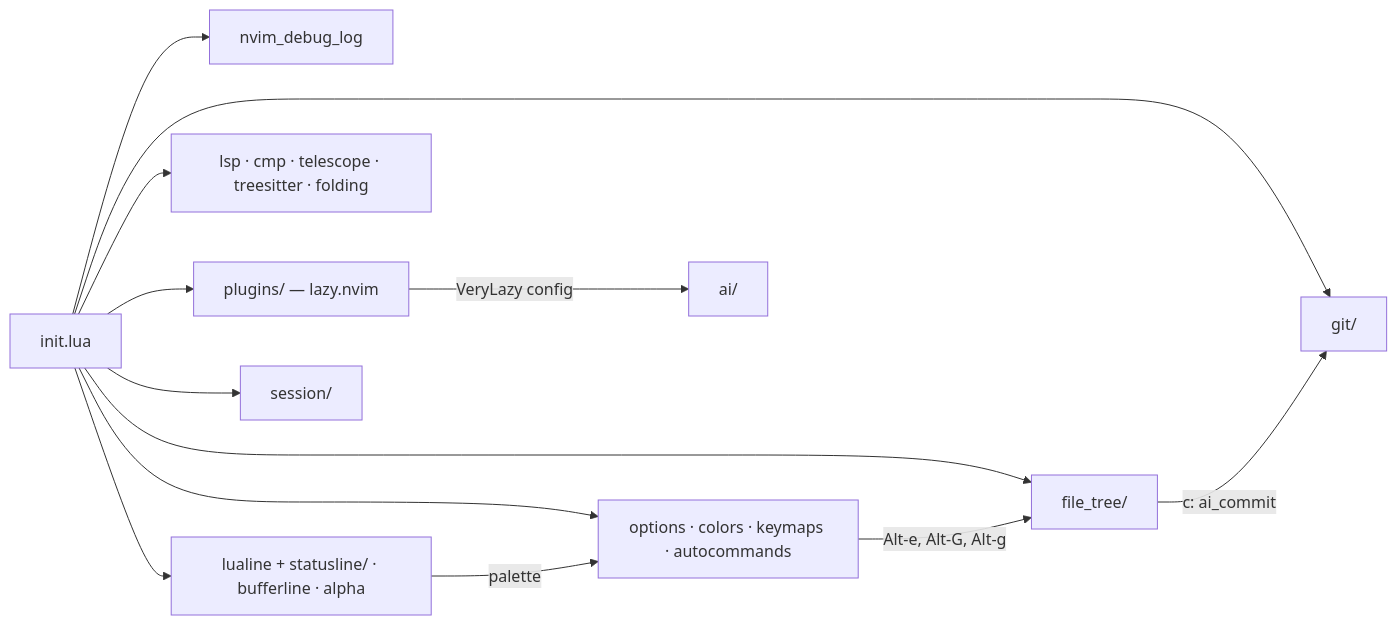
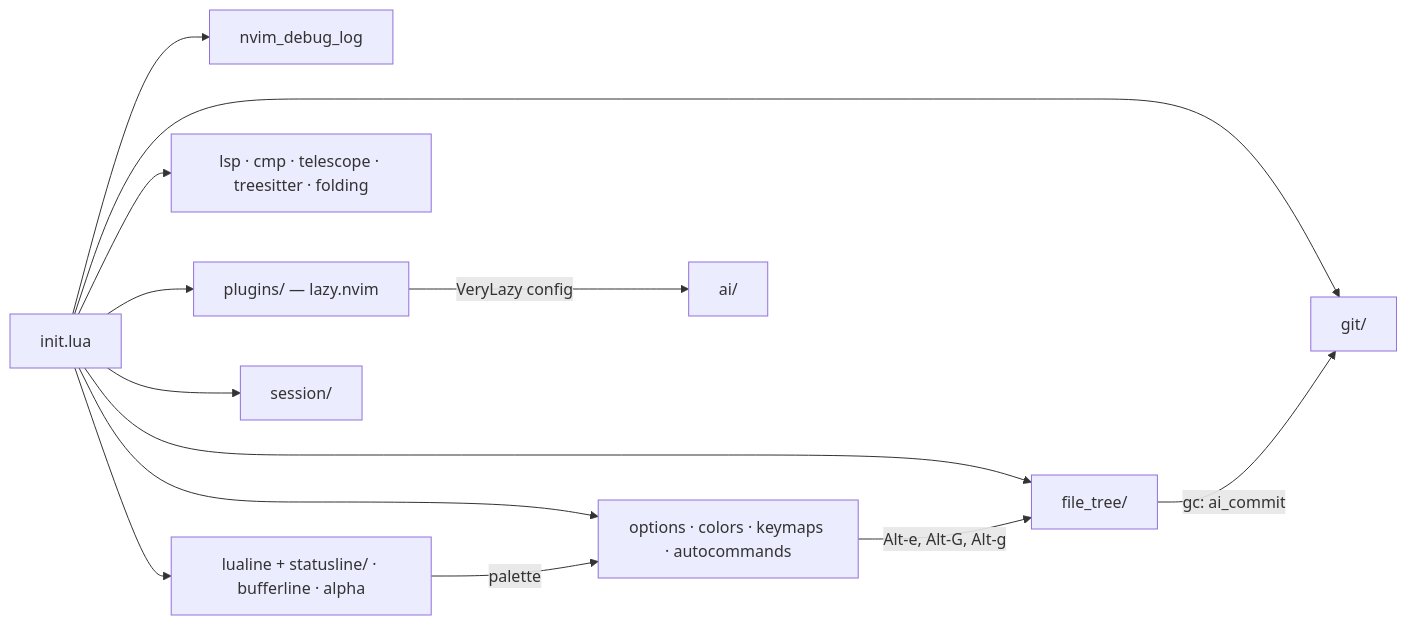
One commit to GlebBeloded/nvim.config changed the first of 4 diagrams in docs/architecture.md. Above: the diagram before and after it, drawn with Mermaid.

Commit message:
docs(architecture): gc is the git status AI commit key

````diff
--- a/docs/architecture.md
+++ b/docs/architecture.md
@@ -44,19 +44,19 @@
 ```mermaid
 flowchart LR
     init["init.lua"]
     dbg["nvim_debug_log"]
     lazy["plugins/ — lazy.nvim"]
     core["options · colors · keymaps · autocommands"]
     edit["lsp · cmp · telescope · treesitter · folding"]
     ui["lualine + statusline/ · bufferline · alpha"]
     ft["file_tree/"]
     git["git/"]
     ses["session/"]
     ai["ai/"]
 
     init --> dbg & lazy & core & edit & ui & ft & git & ses
     lazy -- "VeryLazy config" --> ai
     core -- "Alt-e, Alt-G, Alt-g" --> ft
-    ft -- "c: ai_commit" --> git
+    ft -- "gc: ai_commit" --> git
     ui -- "palette" --> core
 ```
````
